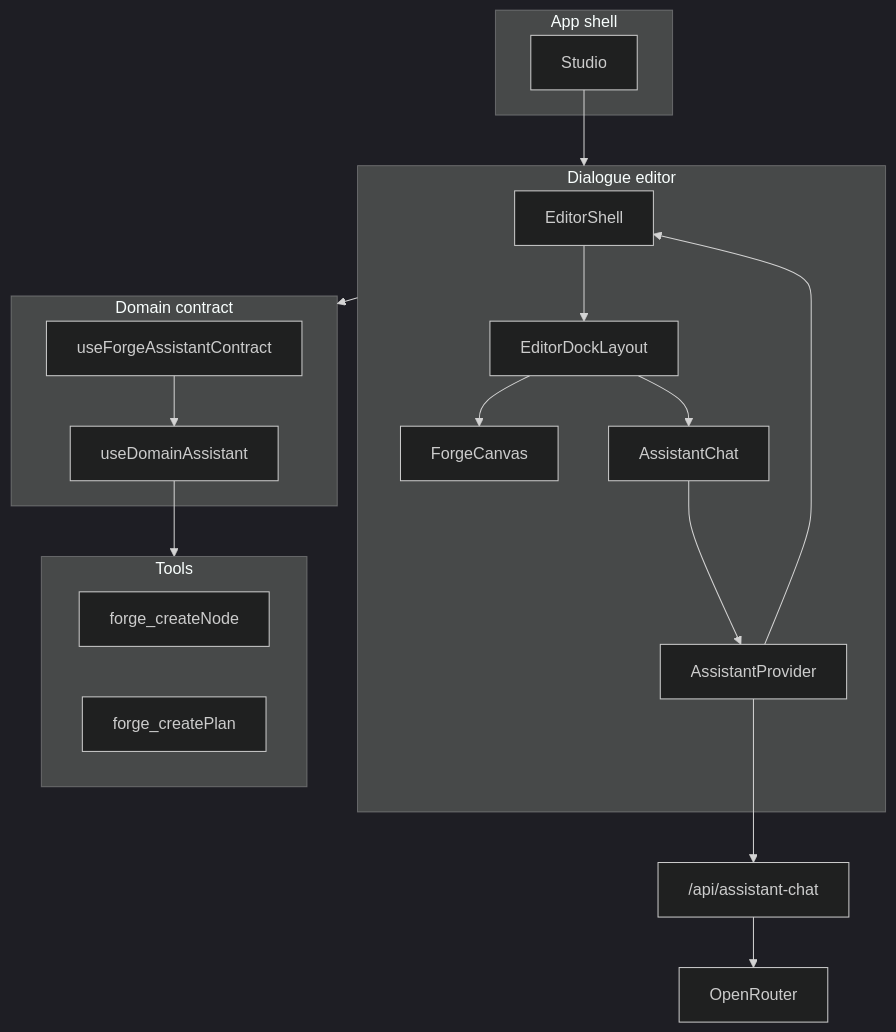
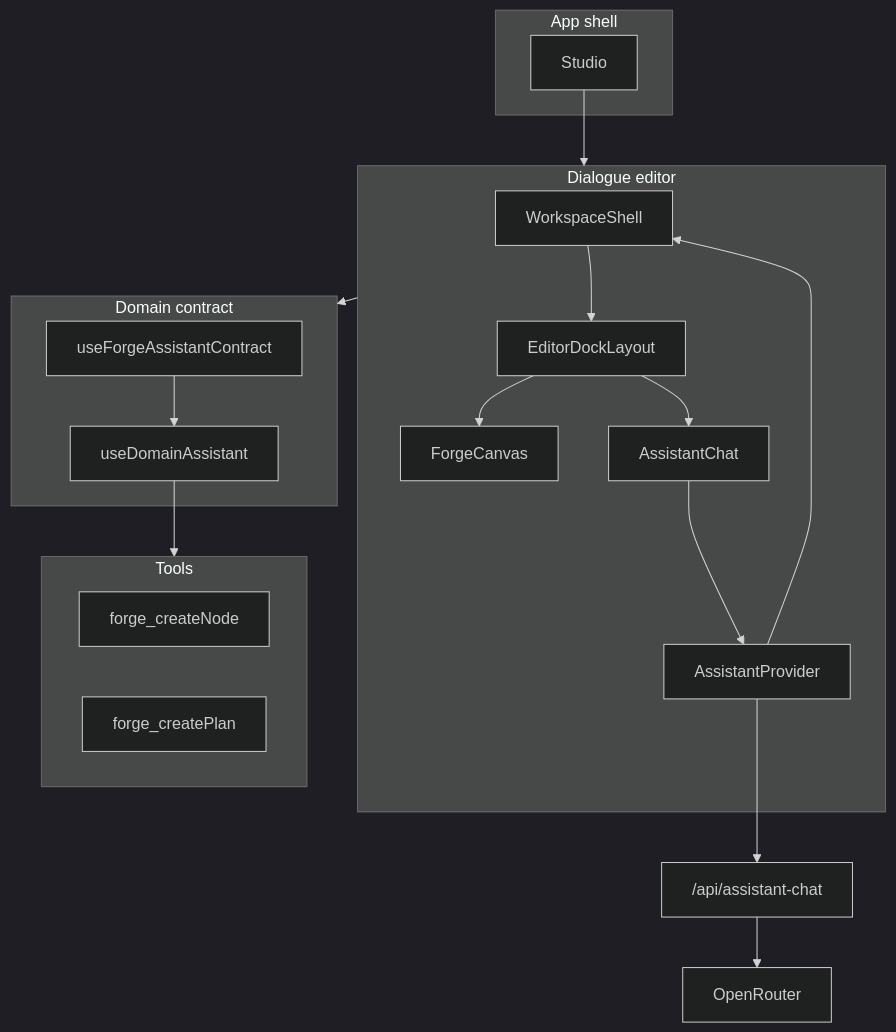
The diagram in docs/legacy/ai/01-architecture-overview.mdx (MagicbornStudios/forge-agent), drawn with Mermaid (dark theme) before and after one commit. The commit also changed 417 other files, not shown here.

````diff
--- a/docs/legacy/ai/01-architecture-overview.mdx
+++ b/docs/legacy/ai/01-architecture-overview.mdx
@@ -76,37 +76,37 @@
 ```mermaid
 flowchart TB
   subgraph AppShell["App shell"]
     Studio[Studio]
   end
   
   subgraph Editor["Dialogue editor"]
-    EP[EditorShell]
+    EP[WorkspaceShell]
     DL[EditorDockLayout]
     FC[ForgeCanvas]
     AP[AssistantProvider]
     AC[AssistantChat]
     
     EP --> DL
     DL --> FC
     DL --> AC
     AP --> EP
   end
   
   subgraph Contract["Domain contract"]
     FContract[useForgeAssistantContract]
     useDA[useDomainAssistant]
     FContract --> useDA
   end
   
   subgraph Tools["Tools"]
     forge_create[forge_createNode]
     forge_plan[forge_createPlan]
   end
   
   Studio --> Editor
   Editor --> Contract
   useDA --> Tools
   AC --> AP
   AP --> API["/api/assistant-chat"]
   API --> OpenRouter[OpenRouter]
 ```
````
